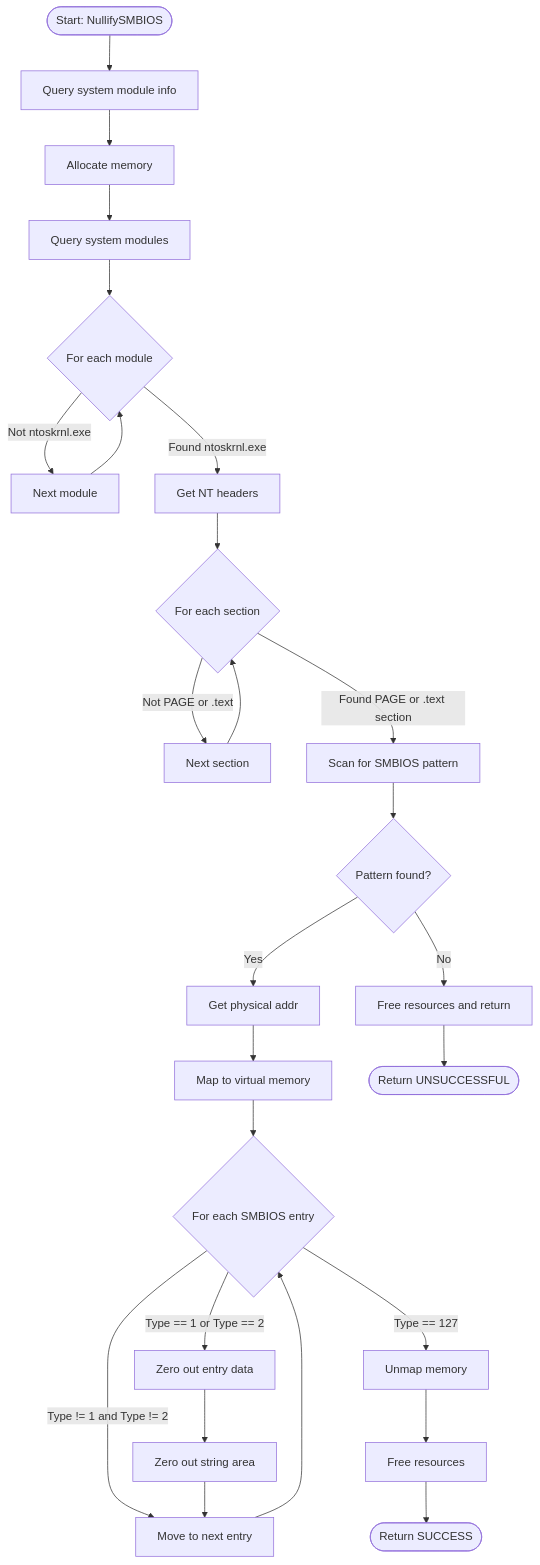
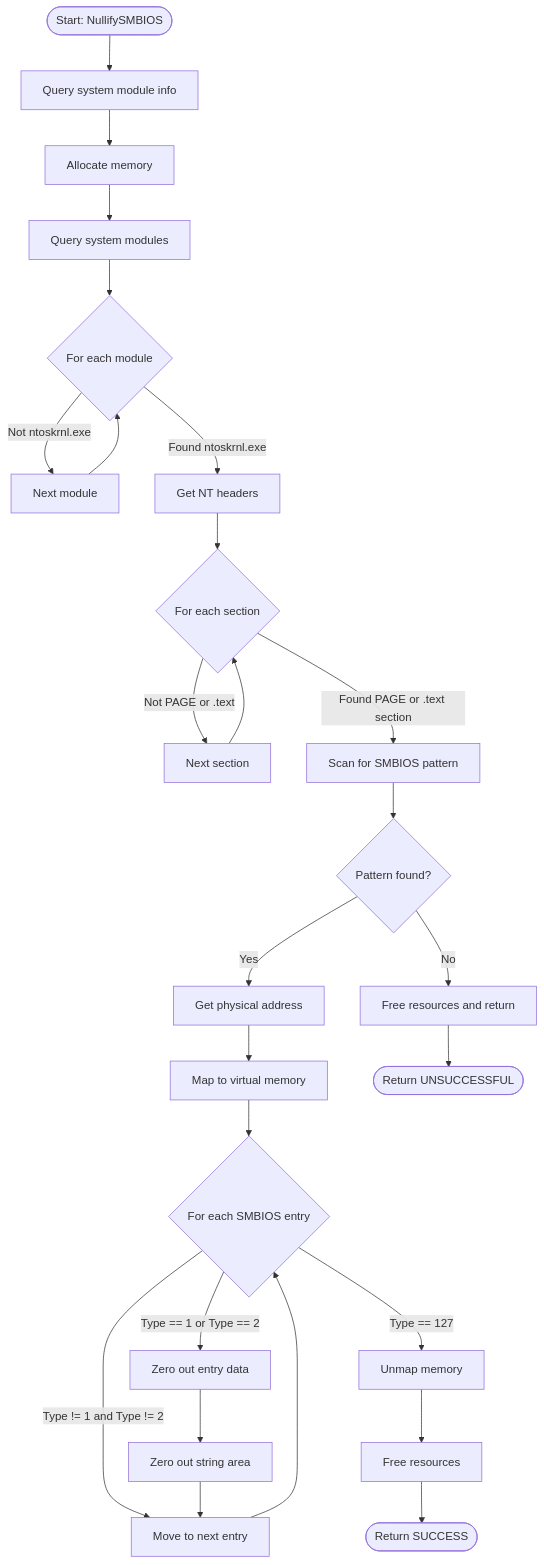
One commit to Arty3/Battleye-HWID-Spoofer changed the first of 4 diagrams in README.md. Above: the diagram before and after it, drawn with Mermaid.

````diff
--- a/README.md
+++ b/README.md
@@ -127,37 +127,37 @@
 ```mermaid
 flowchart TD
 	Start([Start: NullifySMBIOS]) --> QuerySize[Query system module info]
 	QuerySize --> AllocMemory[Allocate memory]
 	AllocMemory --> Query[Query system modules]
 	
 	Query --> LoopModules{For each module}
 	LoopModules -->|Not ntoskrnl.exe| NextModule[Next module]
 	NextModule --> LoopModules
 	
 	LoopModules -->|Found ntoskrnl.exe| GetHeaders[Get NT headers]
 	GetHeaders --> LoopSections{For each section}
 	
 	LoopSections -->|Not PAGE or .text| NextSection[Next section]
 	NextSection --> LoopSections
 	
 	LoopSections -->|Found PAGE or .text section| PatternScan[Scan for SMBIOS pattern]
 	PatternScan --> Found{Pattern found?}
 	Found -->|No| FreeAndReturn[Free resources and return]
 	
-	Found -->|Yes| GetSMBIOSAddr[Get physical addr]
+	Found -->|Yes| GetSMBIOSAddr[Get physical address]
 	GetSMBIOSAddr --> MapMemory[Map to virtual memory]
 	
 	MapMemory --> LoopEntries{For each SMBIOS entry}
 	LoopEntries -->|Type != 1 and Type != 2| NextEntry[Move to next entry]
 	NextEntry --> LoopEntries
 	
 	LoopEntries -->|Type == 1 or Type == 2| ZeroEntry[Zero out entry data]
 	ZeroEntry --> ZeroStrings[Zero out string area]
 	ZeroStrings --> NextEntry
 	
 	LoopEntries -->|Type == 127| UnmapMem[Unmap memory]
 	UnmapMem --> FreeResources[Free resources]
 	FreeResources --> Success([Return SUCCESS])
 	
 	FreeAndReturn --> Fail([Return UNSUCCESSFUL])
 ```
````
